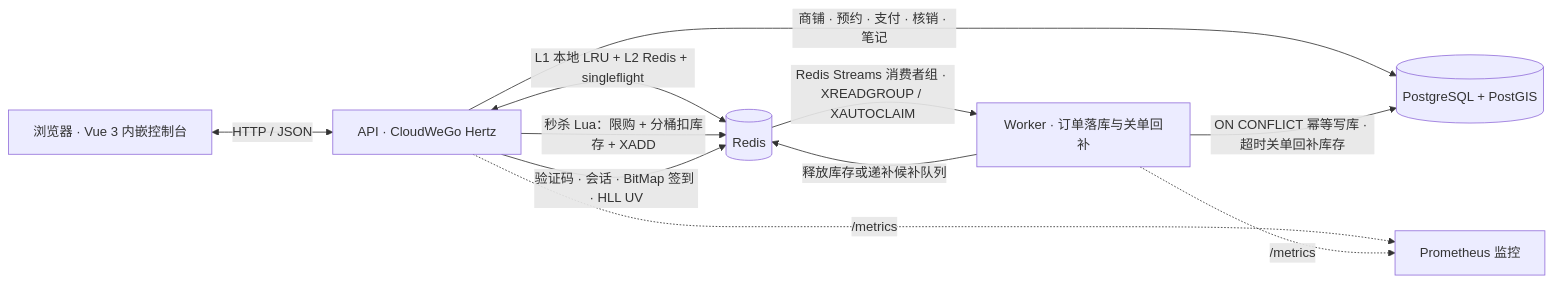
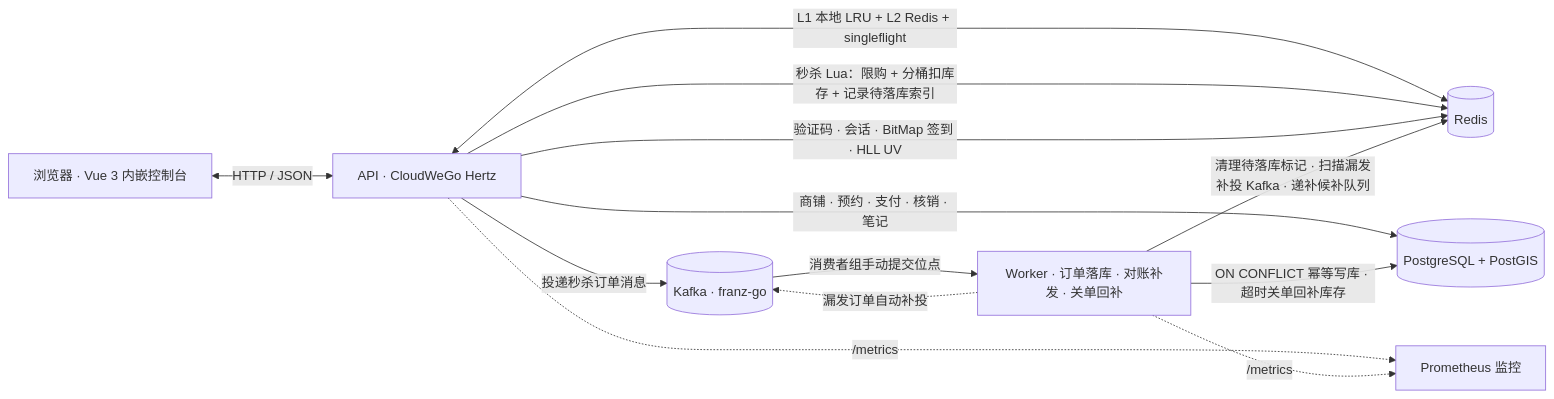
One commit to SctHy/xzdp-go changed the diagram in readme.md. Above: the diagram before and after it, drawn with Mermaid. The commit also changed other lines of this file and 22 other files, not shown here.

Commit message:
feat: switch seckill async order queue to Kafka (franz-go) with crash reconciliation and updated docs

````diff
--- a/readme.md
+++ b/readme.md
@@ -10,13 +10,15 @@
 ```mermaid
 flowchart LR
     B[浏览器 · Vue 3 内嵌控制台] <-->|HTTP / JSON| A[API · CloudWeGo Hertz]
     A <-->|L1 本地 LRU + L2 Redis + singleflight| R[(Redis)]
-    A -->|秒杀 Lua：限购 + 分桶扣库存 + XADD| R
+    A -->|秒杀 Lua：限购 + 分桶扣库存 + 记录待落库索引| R
     A -->|验证码 · 会话 · BitMap 签到 · HLL UV| R
+    A -->|投递秒杀订单消息| K[(Kafka · franz-go)]
     A -->|商铺 · 预约 · 支付 · 核销 · 笔记| P[(PostgreSQL + PostGIS)]
-    R -->|Redis Streams 消费者组 · XREADGROUP / XAUTOCLAIM| W[Worker · 订单落库与关单回补]
+    K -->|消费者组手动提交位点| W[Worker · 订单落库 · 对账补发 · 关单回补]
     W -->|ON CONFLICT 幂等写库 · 超时关单回补库存| P
-    W -->|释放库存或递补候补队列| R
+    W -->|清理待落库标记 · 扫描漏发补投 Kafka · 递补候补队列| R
+    W -. 漏发订单自动补投 .-> K
     A -. /metrics .-> PM[Prometheus 监控]
     W -. /metrics .-> PM
 ```
````
